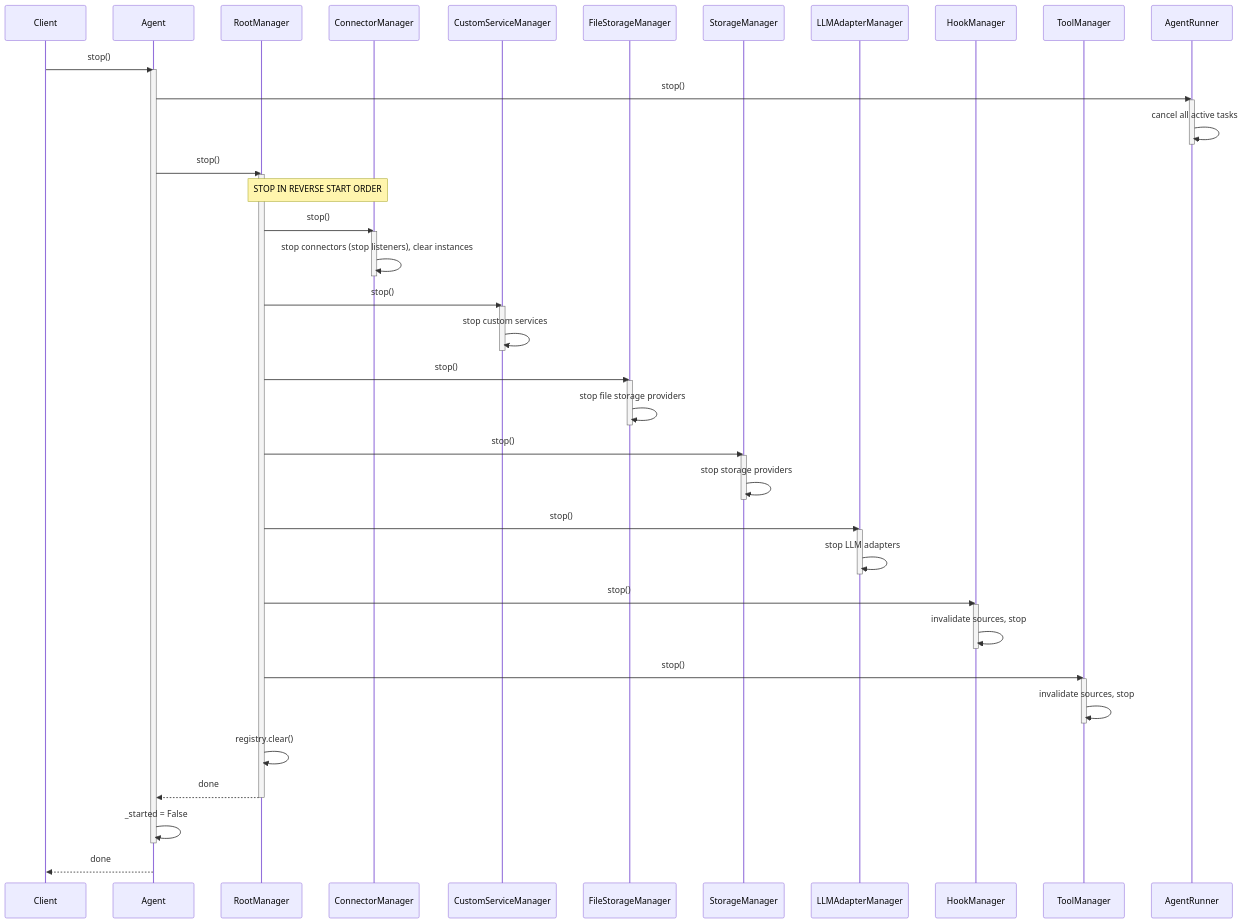
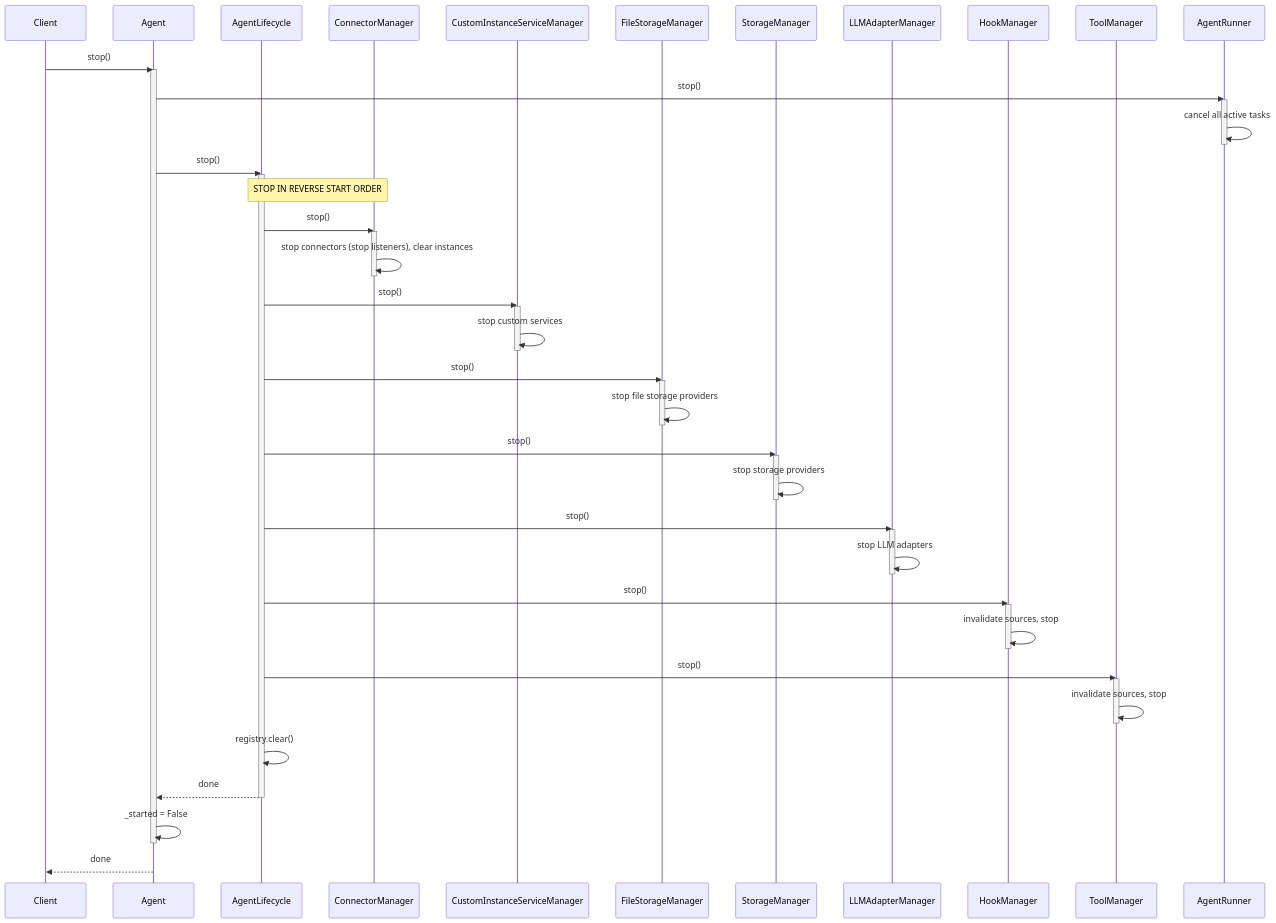
The seventh of 12 diagrams in visuals.md (matrixd0t/commamatrix), drawn with Mermaid before and after one commit. The commit also changed other lines of this file and 64 other files, not shown here.

````diff
--- a/visuals.md
+++ b/visuals.md
@@ -351,70 +351,70 @@
 ```mermaid
 sequenceDiagram
     participant Client
     participant Agent
-    participant SM as RootManager
+    participant SM as AgentLifecycle
     participant ConM as ConnectorManager
-    participant CSM as CustomServiceManager
+    participant CSM as CustomInstanceServiceManager
     participant FStM as FileStorageManager
     participant StM as StorageManager
     participant LM as LLMAdapterManager
     participant HM as HookManager
     participant TM as ToolManager
     participant Runner as AgentRunner
 
     Client->>Agent: stop()
     activate Agent
 
     Agent->>Runner: stop()
     activate Runner
     Runner->>Runner: cancel all active tasks
     deactivate Runner
 
     Agent->>SM: stop()
     activate SM
 
     Note over SM,ConM: STOP IN REVERSE START ORDER
 
     SM->>ConM: stop()
     activate ConM
     ConM->>ConM: stop connectors (stop listeners), clear instances
     deactivate ConM
 
     SM->>CSM: stop()
     activate CSM
     CSM->>CSM: stop custom services
     deactivate CSM
 
     SM->>FStM: stop()
     activate FStM
     FStM->>FStM: stop file storage providers
     deactivate FStM
 
     SM->>StM: stop()
     activate StM
     StM->>StM: stop storage providers
     deactivate StM
 
     SM->>LM: stop()
     activate LM
     LM->>LM: stop LLM adapters
     deactivate LM
 
     SM->>HM: stop()
     activate HM
     HM->>HM: invalidate sources, stop
     deactivate HM
 
     SM->>TM: stop()
     activate TM
     TM->>TM: invalidate sources, stop
     deactivate TM
 
     SM->>SM: registry.clear()
     SM-->>Agent: done
     deactivate SM
 
     Agent->>Agent: _started = False
     deactivate Agent
     Agent-->>Client: done
 ```
````
